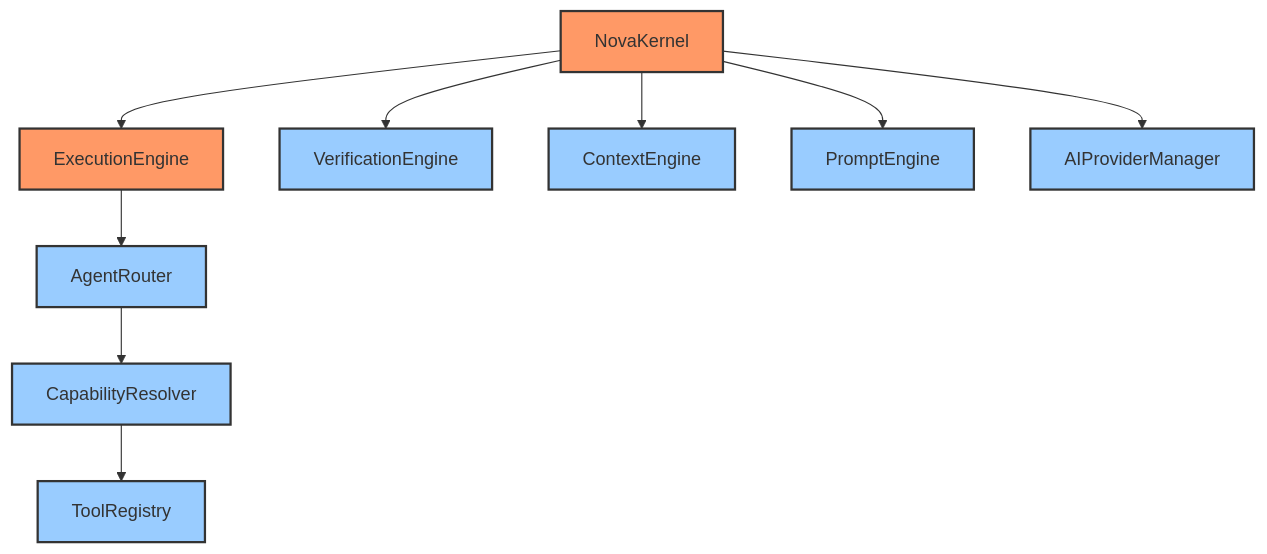
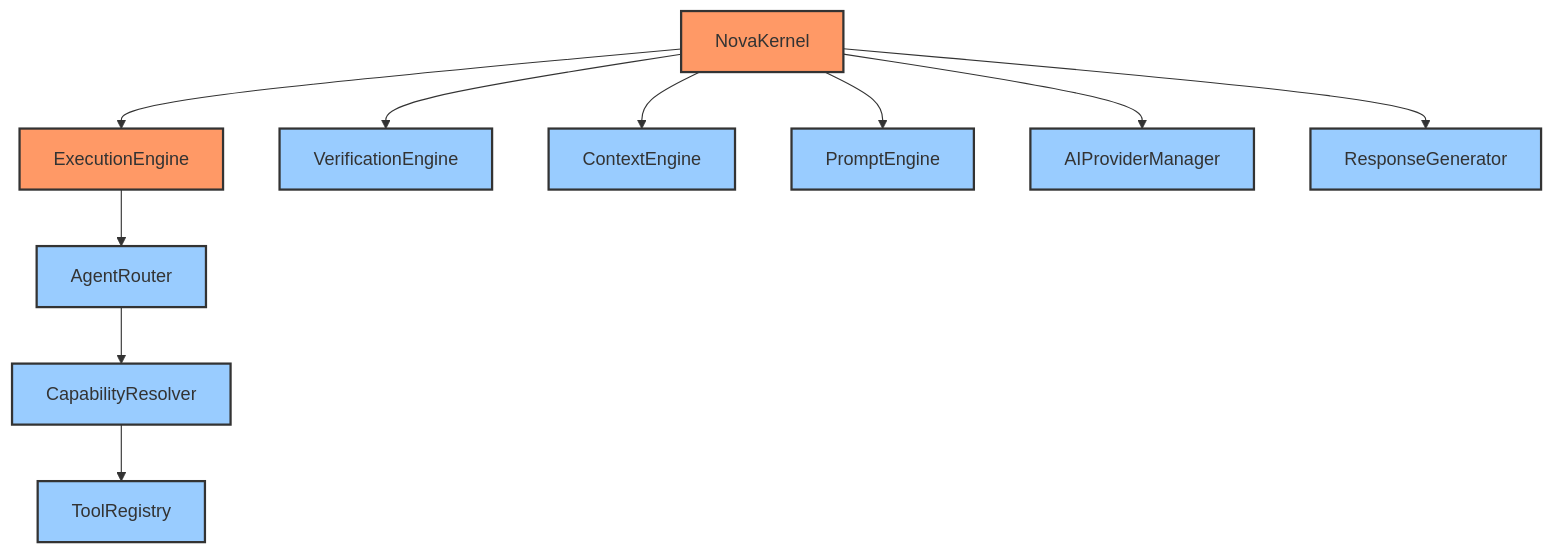
One commit to Codewithjainam7/Nova changed the first of 2 diagrams in docs/architecture/AI_RUNTIME_VALIDATION.md. Above: the diagram before and after it, drawn with Mermaid. The commit also changed other lines of this file and 13 other files, not shown here.

Commit message:
feat: implement NOVA Response Generator subsystem

````diff
--- a/docs/architecture/AI_RUNTIME_VALIDATION.md
+++ b/docs/architecture/AI_RUNTIME_VALIDATION.md
@@ -15,17 +15,18 @@
 ```mermaid
 flowchart TD
     A[NovaKernel] --> B[ExecutionEngine]
     A --> C[VerificationEngine]
     A --> D[ContextEngine]
     A --> E[PromptEngine]
     A --> F[AIProviderManager]
+    A --> J[ResponseGenerator]
     
     B --> G[AgentRouter]
     G --> H[CapabilityResolver]
     H --> I[ToolRegistry]
     
     classDef orchestrator fill:#f96,stroke:#333,stroke-width:2px;
     classDef worker fill:#9cf,stroke:#333,stroke-width:2px;
     class A,B orchestrator;
-    class C,D,E,F,G,H,I worker;
+    class C,D,E,F,G,H,I,J worker;
 ```
````
